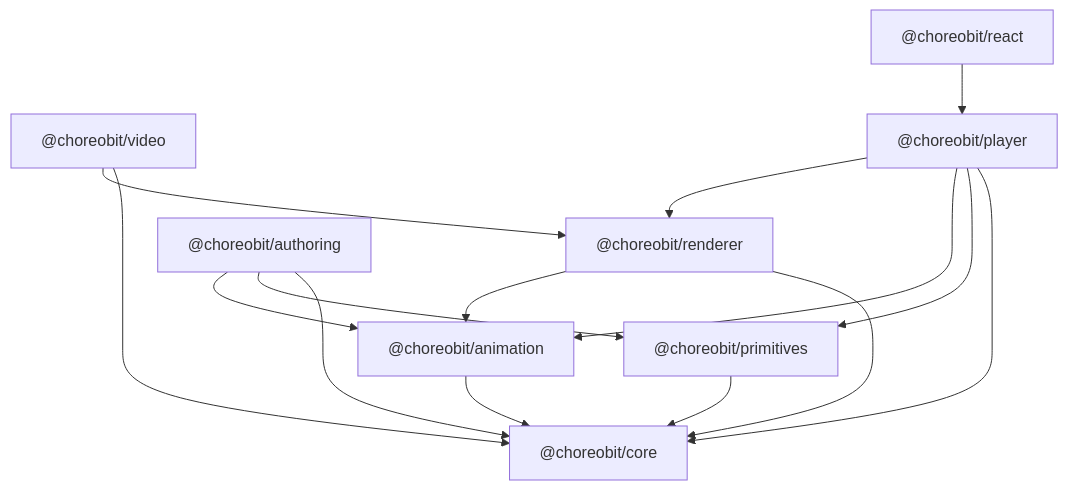
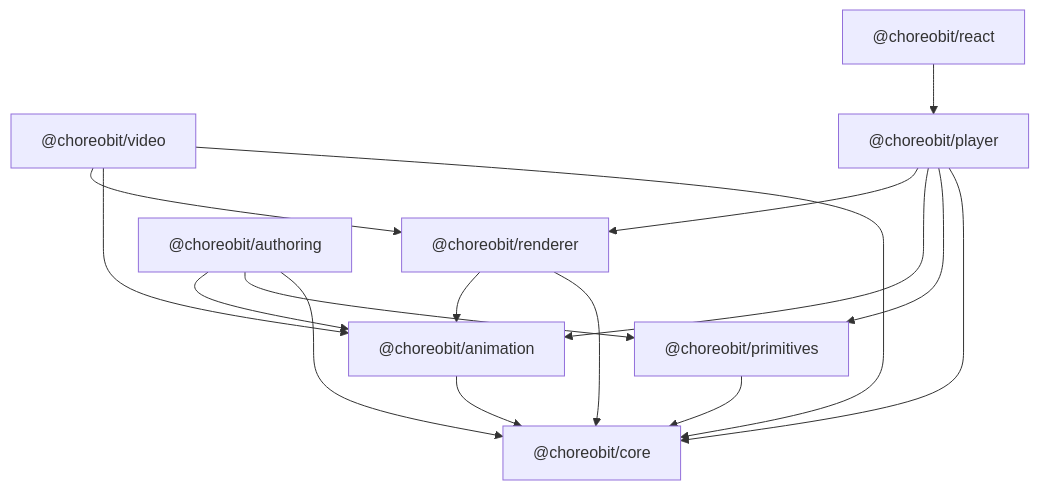
Before and after one commit to luddchad/choreobit: the diagram in docs/architecture/package-boundaries.md, drawn with Mermaid. The commit also changed other lines of this file and 17 other files, not shown here.

````diff
--- a/docs/architecture/package-boundaries.md
+++ b/docs/architecture/package-boundaries.md
@@ -25,26 +26,27 @@
 ```mermaid
 graph TD
   core["@choreobit/core"]
   primitives["@choreobit/primitives"]
   animation["@choreobit/animation"]
   renderer["@choreobit/renderer"]
   authoring["@choreobit/authoring"]
   video["@choreobit/video"]
   player["@choreobit/player"]
   react["@choreobit/react"]
 
   primitives --> core
   animation --> core
   renderer --> core
   renderer --> animation
   authoring --> core
   authoring --> primitives
   authoring --> animation
   video --> core
+  video --> animation
   video --> renderer
   player --> core
   player --> primitives
   player --> animation
   player --> renderer
   react --> player
 ```
````
